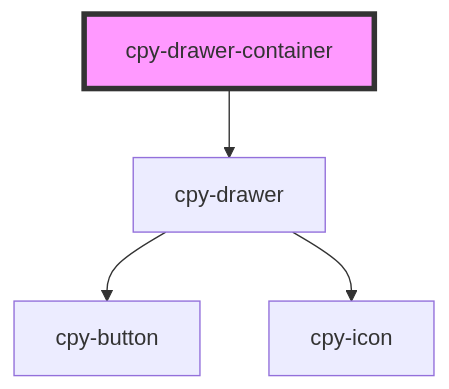
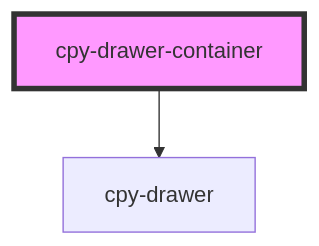
Before and after one commit to Lith1um/Canopy-Stencil: the diagram in stencil-lib/src/components/drawer-container/readme.md, drawn with Mermaid. The commit also changed 11 other files, not shown here.

````diff
--- a/stencil-lib/src/components/drawer-container/readme.md
+++ b/stencil-lib/src/components/drawer-container/readme.md
@@ -30,7 +30,5 @@
 ```mermaid
 graph TD;
   cpy-drawer-container --> cpy-drawer
-  cpy-drawer --> cpy-button
-  cpy-drawer --> cpy-icon
   style cpy-drawer-container fill:#f9f,stroke:#333,stroke-width:4px
 ```
````
